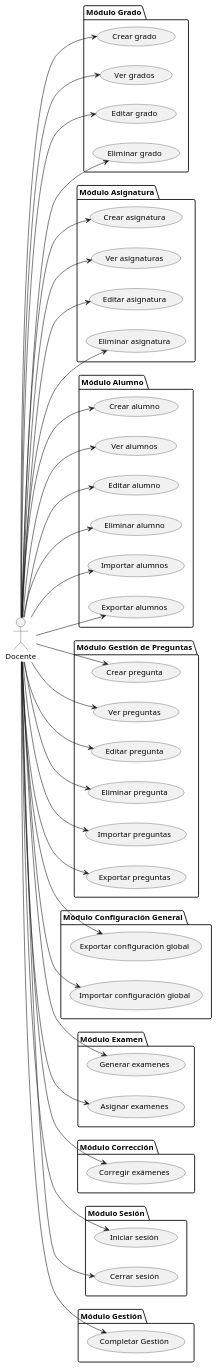
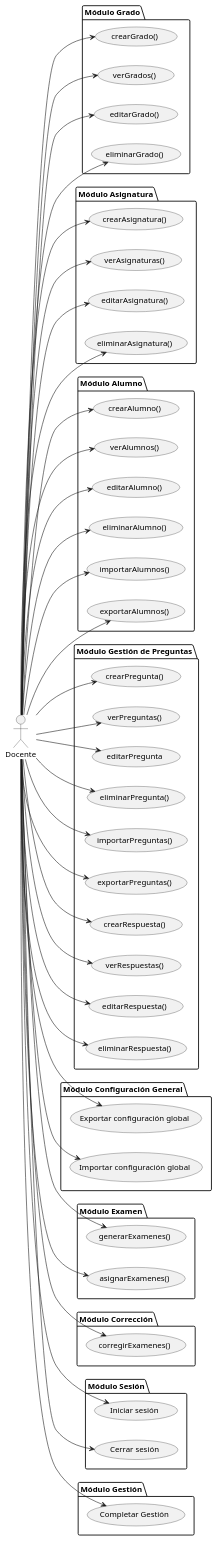
The diagram in documents/casos-de-uso/encontrarActoresYCasosDeUso/actoresYCasosDeUso-docente.puml (martinlopez7/25-26-IdSw1-SdR), drawn with PlantUML before and after one commit.

Commit message:
feat(cu): Añade casos de uso CRUD para "Respuesta" para el actor Docente y normaliza el nombre de todos los casos de uso [refs #69]

```diff
--- a/documents/casos-de-uso/encontrarActoresYCasosDeUso/actoresYCasosDeUso-docente.puml
+++ b/documents/casos-de-uso/encontrarActoresYCasosDeUso/actoresYCasosDeUso-docente.puml
@@ -1,95 +1,103 @@
 @startuml actoresYCasosDeUso-docente
 
 left to right direction
 
 actor "Docente" as doc
 
 package "Módulo Grado" {
-  usecase "Crear grado" as UC1
-  usecase "Ver grados" as UC2
-  usecase "Editar grado" as UC3
-  usecase "Eliminar grado" as UC4
+  usecase "crearGrado()" as UC1
+  usecase "verGrados()" as UC2
+  usecase "editarGrado()" as UC3
+  usecase "eliminarGrado()" as UC4
 }
 
 package "Módulo Asignatura" {
-  usecase "Crear asignatura" as UC5
-  usecase "Ver asignaturas" as UC6
-  usecase "Editar asignatura" as UC7
-  usecase "Eliminar asignatura" as UC8
+  usecase "crearAsignatura()" as UC5
+  usecase "verAsignaturas()" as UC6
+  usecase "editarAsignatura()" as UC7
+  usecase "eliminarAsignatura()" as UC8
 }
 
 package "Módulo Alumno" {
-  usecase "Crear alumno" as UC9
-  usecase "Ver alumnos" as UC10
-  usecase "Editar alumno" as UC11
-  usecase "Eliminar alumno" as UC12
-   usecase "Importar alumnos" as UC19
-   usecase "Exportar alumnos" as UC17
+  usecase "crearAlumno()" as UC9
+  usecase "verAlumnos()" as UC10
+  usecase "editarAlumno()" as UC11
+  usecase "eliminarAlumno()" as UC12
+   usecase "importarAlumnos()" as UC19
+   usecase "exportarAlumnos()" as UC17
 }
 
 
 
 package "Módulo Gestión de Preguntas" {
-  usecase "Crear pregunta" as UC20
-  usecase "Ver preguntas" as UC21
-  usecase "Editar pregunta" as UC22
-  usecase "Eliminar pregunta" as UC23
-  usecase "Importar preguntas" as UC24
-  usecase "Exportar preguntas" as UC25
+  usecase "crearPregunta()" as UC20
+  usecase "verPreguntas()" as UC21
+  usecase "editarPregunta" as UC22
+  usecase "eliminarPregunta()" as UC23
+  usecase "importarPreguntas()" as UC24
+  usecase "exportarPreguntas()" as UC25
+ usecase "crearRespuesta()" as UC32
+  usecase "verRespuestas()" as UC33
+  usecase "editarRespuesta()" as UC34
+  usecase "eliminarRespuesta()" as UC35
 }
 
 package "Módulo Configuración General" {
   usecase "Exportar configuración global" as UC26
   usecase "Importar configuración global" as UC27
 }
 
 package "Módulo Examen" {
-  usecase "Generar examenes" as UC28
-  usecase "Asignar examenes" as UC29
+  usecase "generarExamenes()" as UC28
+  usecase "asignarExamenes()" as UC29
  
 }
 
 package "Módulo Corrección" {
-  usecase "Corregir exámenes" as UC31
+  usecase "corregirExamenes()" as UC31
 }
 
 package "Módulo Sesión" {
   usecase "Iniciar sesión" as UC41
   usecase "Cerrar sesión" as UC42
 }
 
 package "Módulo Gestión" {
   usecase "Completar Gestión" as UC13
 
 }
 
 doc --> UC1
 doc --> UC2
 doc --> UC3
 doc --> UC4
 doc --> UC5
 doc --> UC6
 doc --> UC7
 doc --> UC8
 doc --> UC9
 doc --> UC10
 doc --> UC11
 doc --> UC12
 doc --> UC13
 doc --> UC17
 doc --> UC19
 doc --> UC20
 doc --> UC21
 doc --> UC22
 doc --> UC23
 doc --> UC24
 doc --> UC25
 doc --> UC26
 doc --> UC27
 doc --> UC28
 doc --> UC29
 doc --> UC31
+doc --> UC32
+doc --> UC33
+doc --> UC34
+doc --> UC35
 doc --> UC41
 doc --> UC42
 
 @enduml
```
